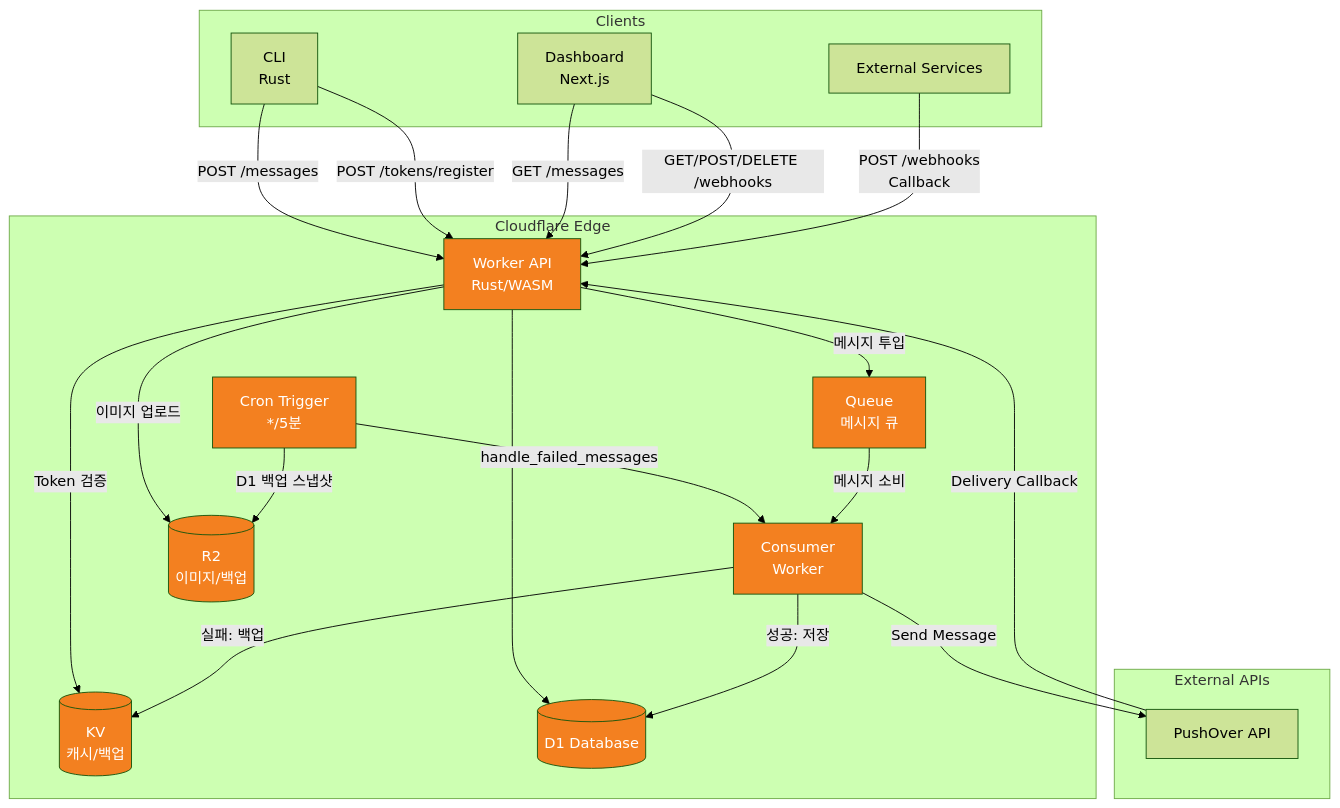
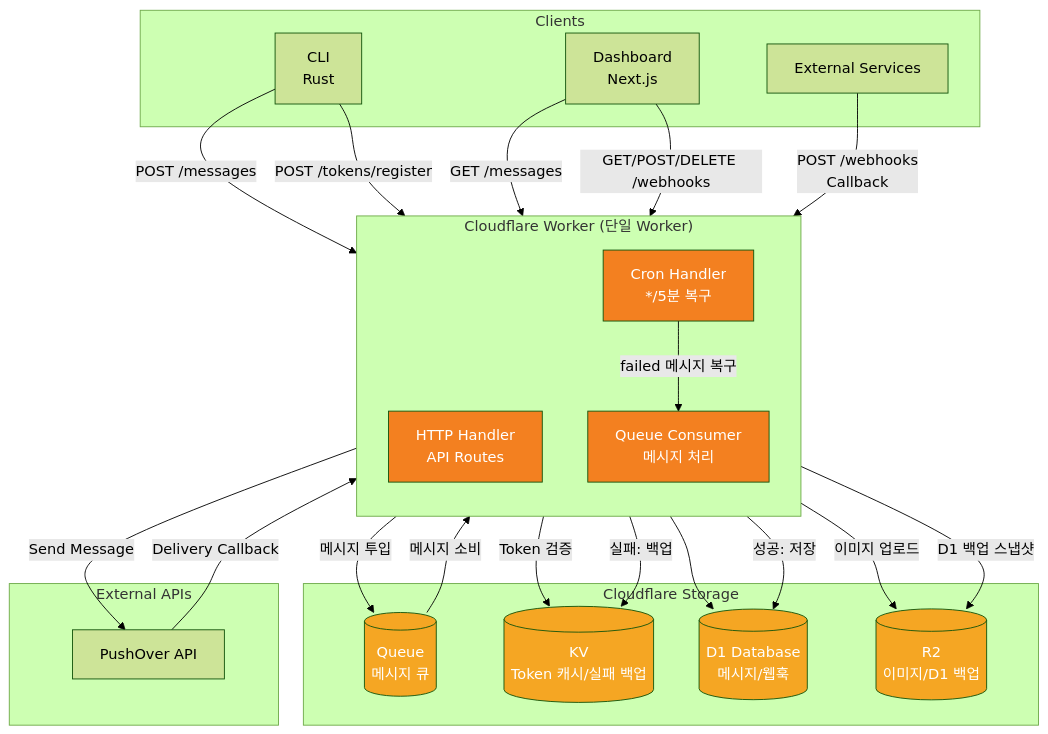
The first of 6 diagrams in README.md (deuxksy/PushOver), drawn with Mermaid (forest theme) before and after one commit. The commit also changed other lines of this file, not shown here.

Commit message:
docs: 아키텍처 다이어그램 갱신
- 단일 Worker 내 3개 핸들러(HTTP/Queue/Cron) 구조로 명확화
- Cloudflare Storage 서브그래프로 Queue/KV/D1/R2 통합
- 메시지 전송 흐름 시퀀스 다이어그램 participant 오류 수정
- 재시도 메커니즘에 KV 키 포맷 및 Cron→Consumer 흐름 명확화
- Cloudflare 서비스 표에 관리 도구 컬럼 추가

````diff
--- a/README.md
+++ b/README.md
@@ -19,48 +19,52 @@
 ```mermaid
 graph TB
     subgraph Clients
         CLI[CLI<br/>Rust]
         DASH[Dashboard<br/>Next.js]
         EXT[External Services]
     end
 
-    subgraph "Cloudflare Edge"
-        WORKER[Worker API<br/>Rust/WASM]
-        QUEUE[Queue<br/>메시지 큐]
-        CONSUMER[Consumer<br/>Worker]
-        KV[(KV<br/>캐시/백업)]
-        D1[(D1 Database)]
-        R2[(R2<br/>이미지/백업)]
-        CRON[Cron Trigger<br/>*/5분]
+    subgraph "Cloudflare Worker (단일 Worker)"
+        direction TB
+        HANDLER[HTTP Handler<br/>API Routes]
+        CONSUMER[Queue Consumer<br/>메시지 처리]
+        CRON[Cron Handler<br/>*/5분 복구]
+    end
+
+    subgraph "Cloudflare Storage"
+        QUEUE[(Queue<br/>메시지 큐)]
+        KV[(KV<br/>Token 캐시/실패 백업)]
+        D1[(D1 Database<br/>메시지/웹훅)]
+        R2[(R2<br/>이미지/D1 백업)]
     end
 
     subgraph "External APIs"
         PO[PushOver API]
     end
 
-    CLI -->|POST /messages| WORKER
-    CLI -->|POST /tokens/register| WORKER
-    DASH -->|GET /messages| WORKER
-    DASH -->|GET/POST/DELETE /webhooks| WORKER
-    EXT -->|POST /webhooks<br/>Callback| WORKER
-    CRON -->|handle_failed_messages| CONSUMER
+    CLI -->|POST /messages| HANDLER
+    CLI -->|POST /tokens/register| HANDLER
+    DASH -->|GET /messages| HANDLER
+    DASH -->|GET/POST/DELETE /webhooks| HANDLER
+    EXT -->|POST /webhooks<br/>Callback| HANDLER
 
-    WORKER -->|Token 검증| KV
-    WORKER -->|이미지 업로드| R2
-    WORKER -->|메시지 투입| QUEUE
-    WORKER --> D1
+    HANDLER -->|Token 검증| KV
+    HANDLER -->|이미지 업로드| R2
+    HANDLER -->|메시지 투입| QUEUE
+    HANDLER --> D1
     QUEUE -->|메시지 소비| CONSUMER
     CONSUMER -->|Send Message| PO
     CONSUMER -->|성공: 저장| D1
     CONSUMER -->|실패: 백업| KV
+    CRON -->|failed 메시지 복구| CONSUMER
     CRON -->|D1 백업 스냅샷| R2
-    PO -->|Delivery Callback| WORKER
+    PO -->|Delivery Callback| HANDLER
 
-    style WORKER fill:#f38020,color:#fff
-    style QUEUE fill:#f38020,color:#fff
+    style HANDLER fill:#f38020,color:#fff
     style CONSUMER fill:#f38020,color:#fff
-    style KV fill:#f38020,color:#fff
-    style D1 fill:#f38020,color:#fff
-    style R2 fill:#f38020,color:#fff
     style CRON fill:#f38020,color:#fff
+    style QUEUE fill:#f5a623,color:#fff
+    style KV fill:#f5a623,color:#fff
+    style D1 fill:#f5a623,color:#fff
+    style R2 fill:#f5a623,color:#fff
 ```
````
